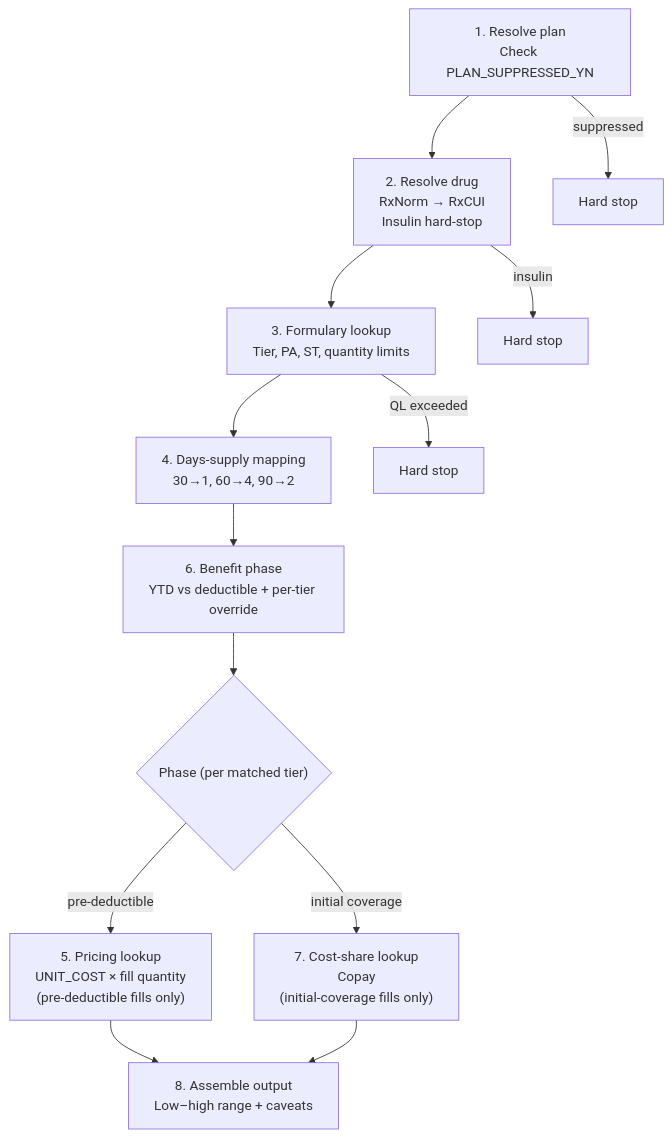
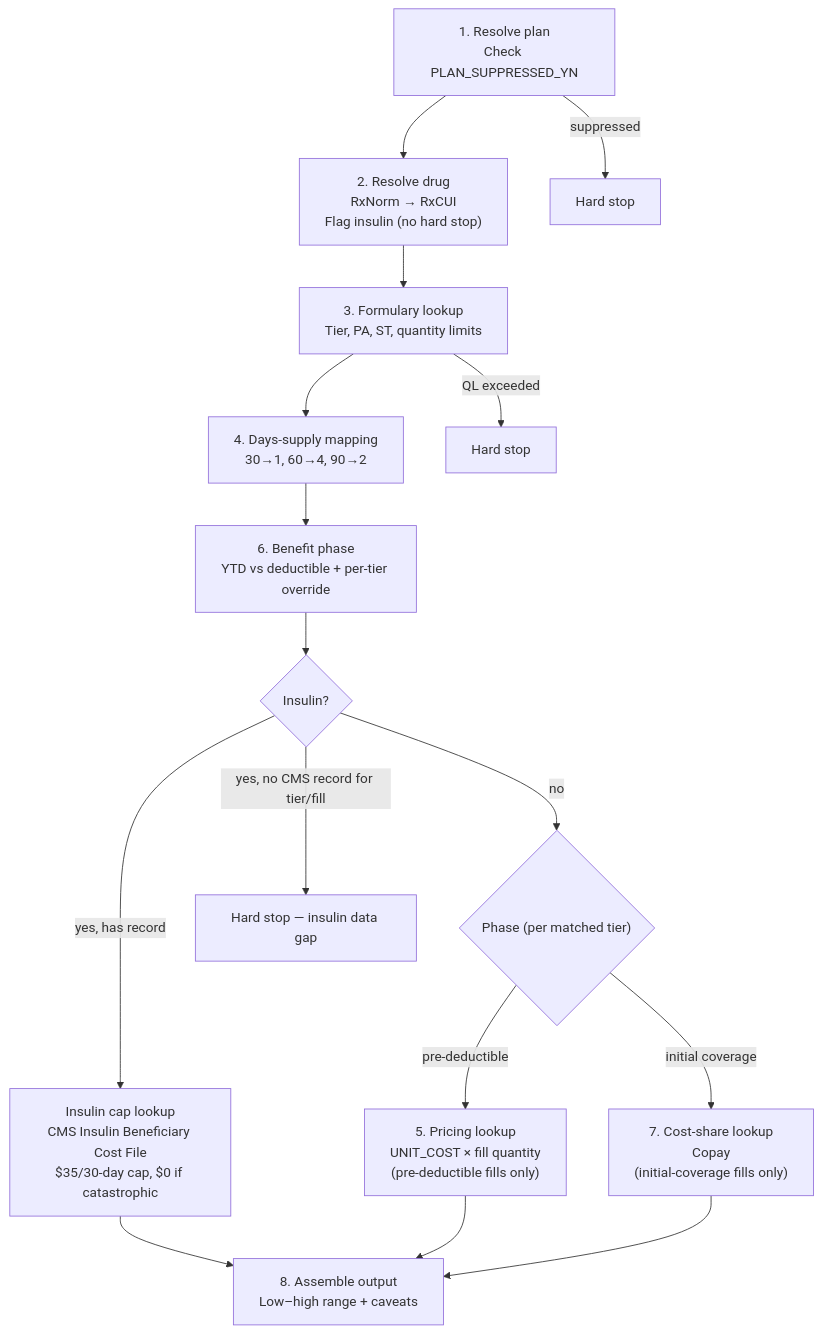
Before and after one commit to SreeCodes2021/Medicare-drug-cost-navigator: the third of 4 diagrams in docs/business-solution.md, drawn with Mermaid. The commit also changed other lines of this file and 55 other files, not shown here.

First line of the commit message:
Add insulin cap billing, mixed baskets, and QA suites (#2)

````diff
--- a/docs/business-solution.md
+++ b/docs/business-solution.md
@@ -267,21 +270,24 @@
 ```mermaid
 flowchart TD
     S1["1. Resolve plan<br/>Check PLAN_SUPPRESSED_YN"]
-    S2["2. Resolve drug<br/>RxNorm → RxCUI<br/>Insulin hard-stop"]
+    S2["2. Resolve drug<br/>RxNorm → RxCUI<br/>Flag insulin (no hard stop)"]
     S3["3. Formulary lookup<br/>Tier, PA, ST, quantity limits"]
     S4["4. Days-supply mapping<br/>30→1, 60→4, 90→2"]
     S6["6. Benefit phase<br/>YTD vs deductible + per-tier override"]
+    INS{"Insulin?"}
+    SI["Insulin cap lookup<br/>CMS Insulin Beneficiary Cost File<br/>$35/30-day cap, $0 if catastrophic"]
     P{"Phase (per matched tier)"}
     S5["5. Pricing lookup<br/>UNIT_COST × fill quantity<br/>(pre-deductible fills only)"]
     S7["7. Cost-share lookup<br/>Copay<br/>(initial-coverage fills only)"]
     S8["8. Assemble output<br/>Low–high range + caveats"]
 
     S1 -->|suppressed| X1["Hard stop"]
-    S1 --> S2
-    S2 -->|insulin| X2["Hard stop"]
-    S2 --> S3
+    S1 --> S2 --> S3
     S3 -->|QL exceeded| X3["Hard stop"]
-    S3 --> S4 --> S6 --> P
+    S3 --> S4 --> S6 --> INS
+    INS -->|yes, no CMS record for tier/fill| X2["Hard stop — insulin data gap"]
+    INS -->|yes, has record| SI --> S8
+    INS -->|no| P
     P -->|pre-deductible| S5 --> S8
     P -->|initial coverage| S7 --> S8
 ```
````
